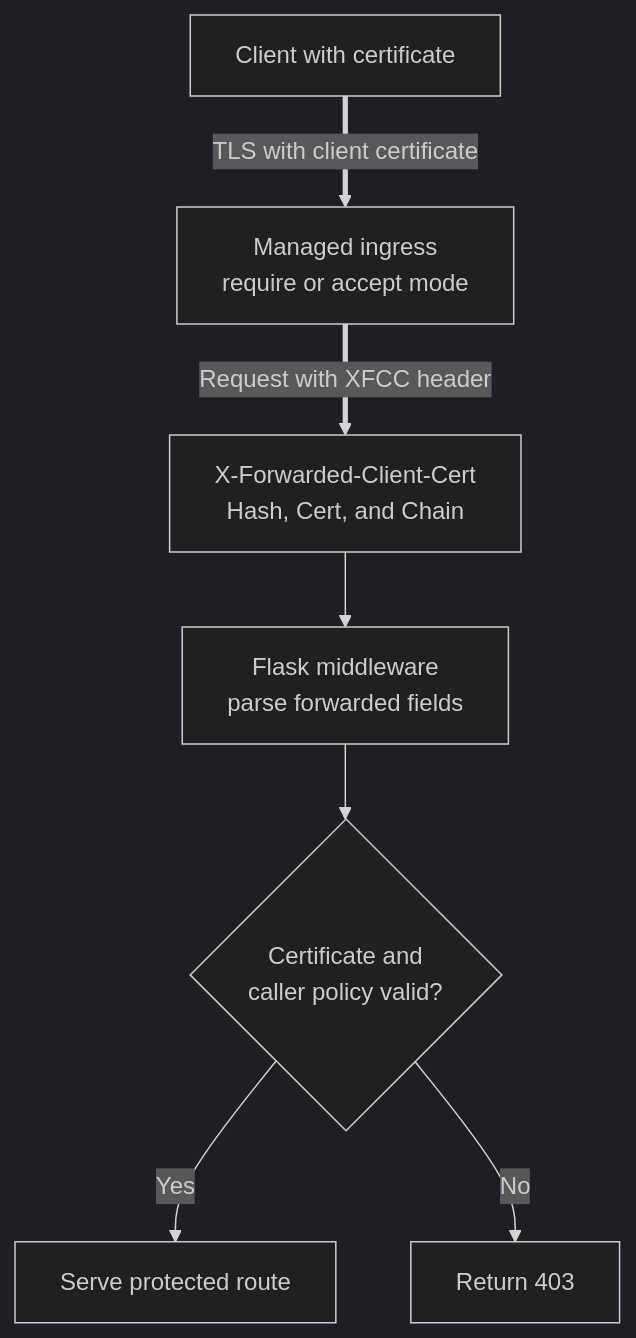
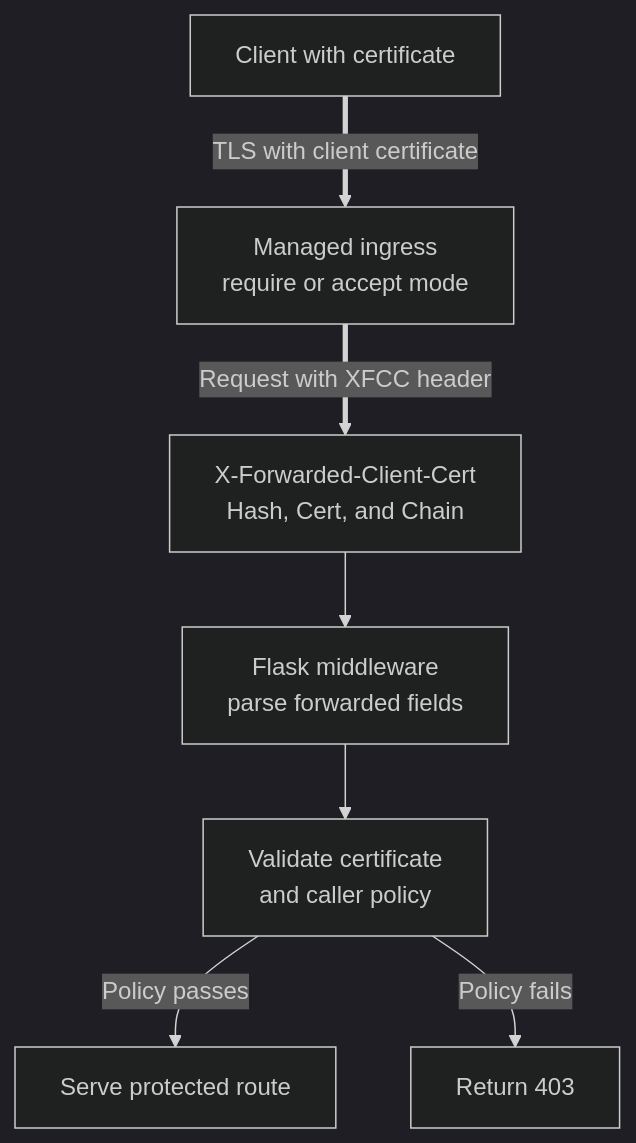
Before and after one commit to yeongseon/azure-container-apps-practical-guide: the diagram in docs/language-guides/python/recipes/mtls-client-certificates.md, drawn with Mermaid (dark theme). The commit also changed other lines of this file and 16 other files, not shown here.

Commit message:
fix(docs): address Python recipe diagram review

````diff
--- a/docs/language-guides/python/recipes/mtls-client-certificates.md
+++ b/docs/language-guides/python/recipes/mtls-client-certificates.md
@@ -17,20 +17,20 @@
 ```mermaid
 flowchart TD
     accTitle: Authorize a forwarded client certificate in Flask
     accDescr: A client presents a certificate during TLS. Container Apps ingress requires or accepts it and forwards certificate fields in X-Forwarded-Client-Cert. Flask parses the forwarded certificate, validates the SHA-256 hash or a full trust chain and application policy, and either serves the request or rejects it.
 
     CLIENT[Client with certificate]
     INGRESS[Managed ingress<br/>require or accept mode]
     XFCC[X-Forwarded-Client-Cert<br/>Hash, Cert, and Chain]
     PARSE[Flask middleware<br/>parse forwarded fields]
-    VALIDATE{Certificate and<br/>caller policy valid?}
+    VALIDATE[Validate certificate<br/>and caller policy]
     ALLOW[Serve protected route]
     DENY[Return 403]
 
     CLIENT ==>|TLS with client certificate| INGRESS
     INGRESS ==>|Request with XFCC header| XFCC
     XFCC --> PARSE
     PARSE --> VALIDATE
-    VALIDATE -->|Yes| ALLOW
-    VALIDATE -->|No| DENY
+    VALIDATE -->|Policy passes| ALLOW
+    VALIDATE -->|Policy fails| DENY
 ```
````
